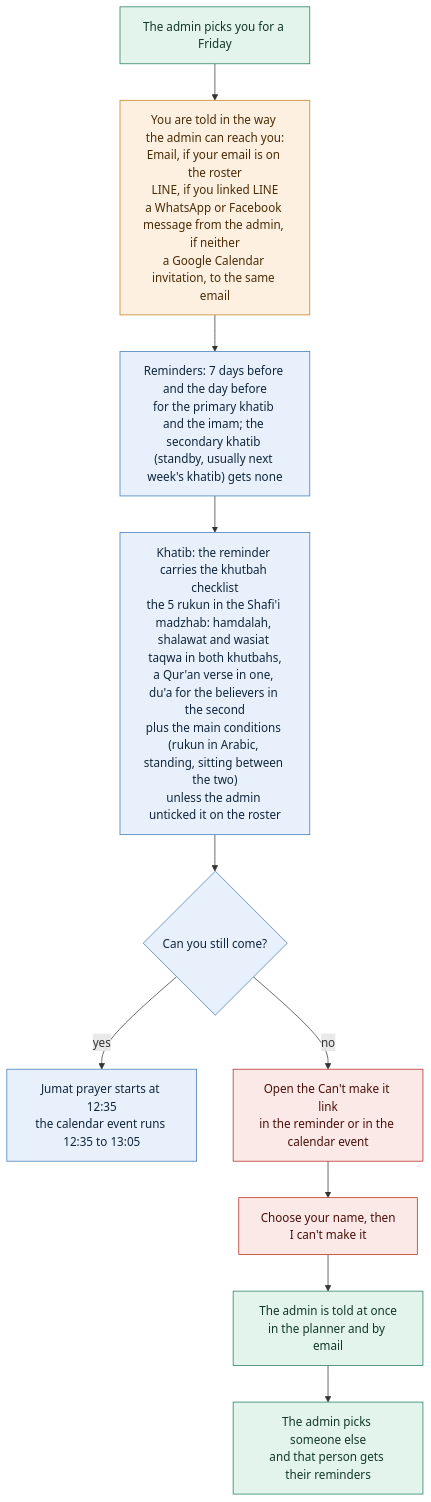
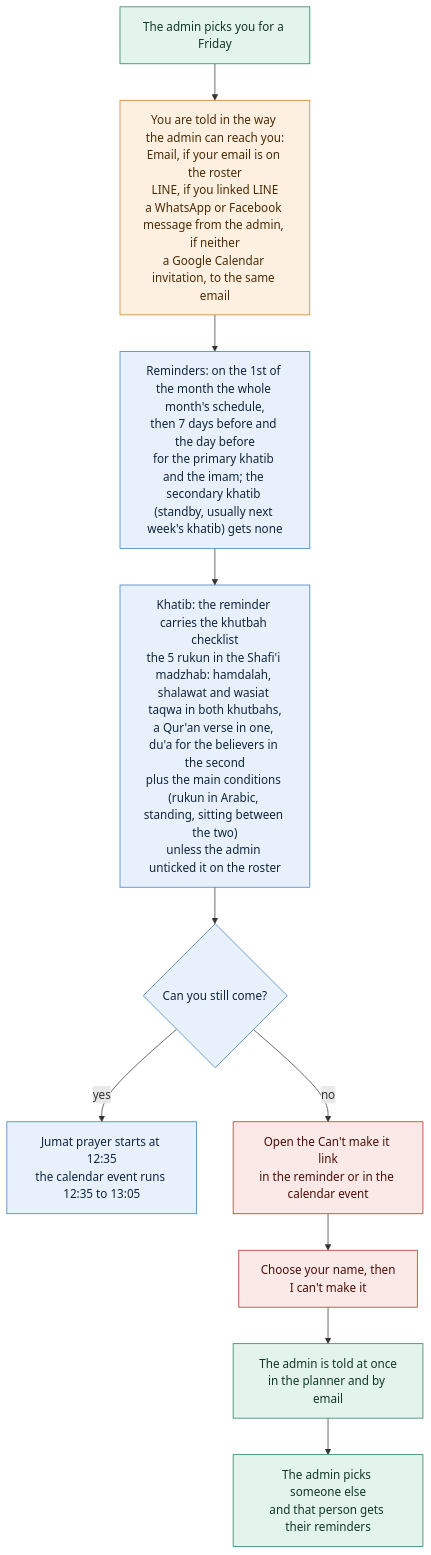
Before and after one commit to mushaffarasyidridha/Jumat-Scheduler-NAIST: the diagram in public/flows/member-scheduled.mmd, drawn with Mermaid. The commit also changed 21 other files, not shown here.

```diff
--- a/public/flows/member-scheduled.mmd
+++ b/public/flows/member-scheduled.mmd
@@ -1,19 +1,19 @@
 flowchart TD
   A["The admin picks you for a Friday"] --> B["You are told in the way the admin can reach you:<br/>Email, if your email is on the roster<br/>LINE, if you linked LINE<br/>a WhatsApp or Facebook message from the admin, if neither<br/>a Google Calendar invitation, to the same email"]
-  B --> C["Reminders: 7 days before and the day before<br/>for the primary khatib and the imam; the secondary khatib (standby, usually next week's khatib) gets none"]
+  B --> C["Reminders: on the 1st of the month the whole month's schedule,<br/>then 7 days before and the day before<br/>for the primary khatib and the imam; the secondary khatib (standby, usually next week's khatib) gets none"]
   C --> K["Khatib: the reminder carries the khutbah checklist<br/>the 5 rukun in the Shafi'i madzhab: hamdalah, shalawat and wasiat taqwa in both khutbahs,<br/>a Qur'an verse in one, du'a for the believers in the second<br/>plus the main conditions (rukun in Arabic, standing, sitting between the two)<br/>unless the admin unticked it on the roster"]
   K --> D{"Can you still come?"}
   D -->|"yes"| E["Jumat prayer starts at 12:35<br/>the calendar event runs 12:35 to 13:05"]
   D -->|"no"| F["Open the Can't make it link<br/>in the reminder or in the calendar event"]
   F --> G["Choose your name, then<br/>I can't make it"]
   G --> H["The admin is told at once<br/>in the planner and by email"]
   H --> I["The admin picks someone else<br/>and that person gets their reminders"]
 
   classDef member fill:#e8f1fb,stroke:#3b78b8,color:#10253d
   classDef admin fill:#e3f4ec,stroke:#1f7a5c,color:#12372a
   classDef out fill:#fdf0e1,stroke:#c77b1c,color:#4a2b05
   classDef warn fill:#fbe9e7,stroke:#b3261e,color:#4a0f0b
   class A,H,I admin
   class C,D,E,K member
   class B out
   class F,G warn
```
